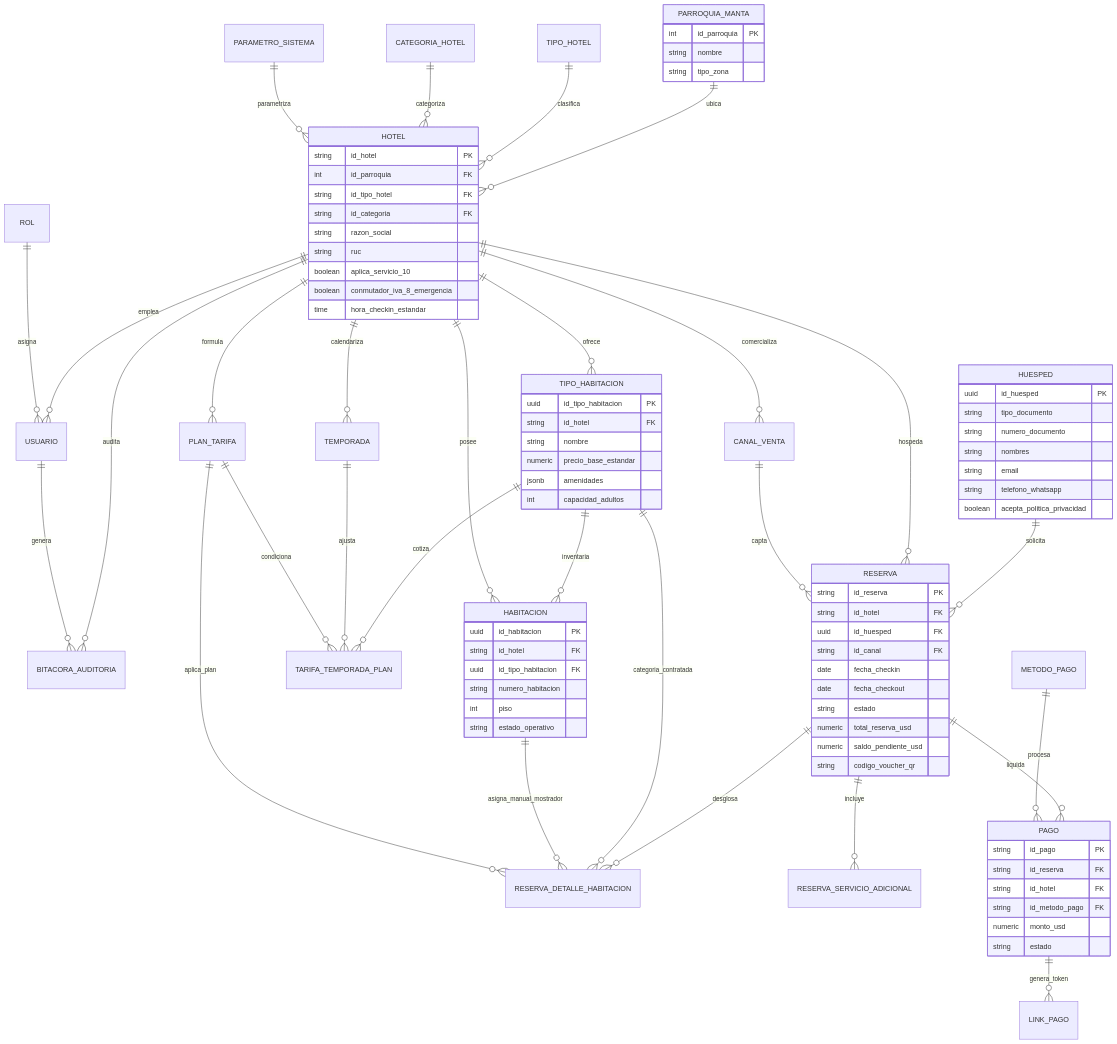
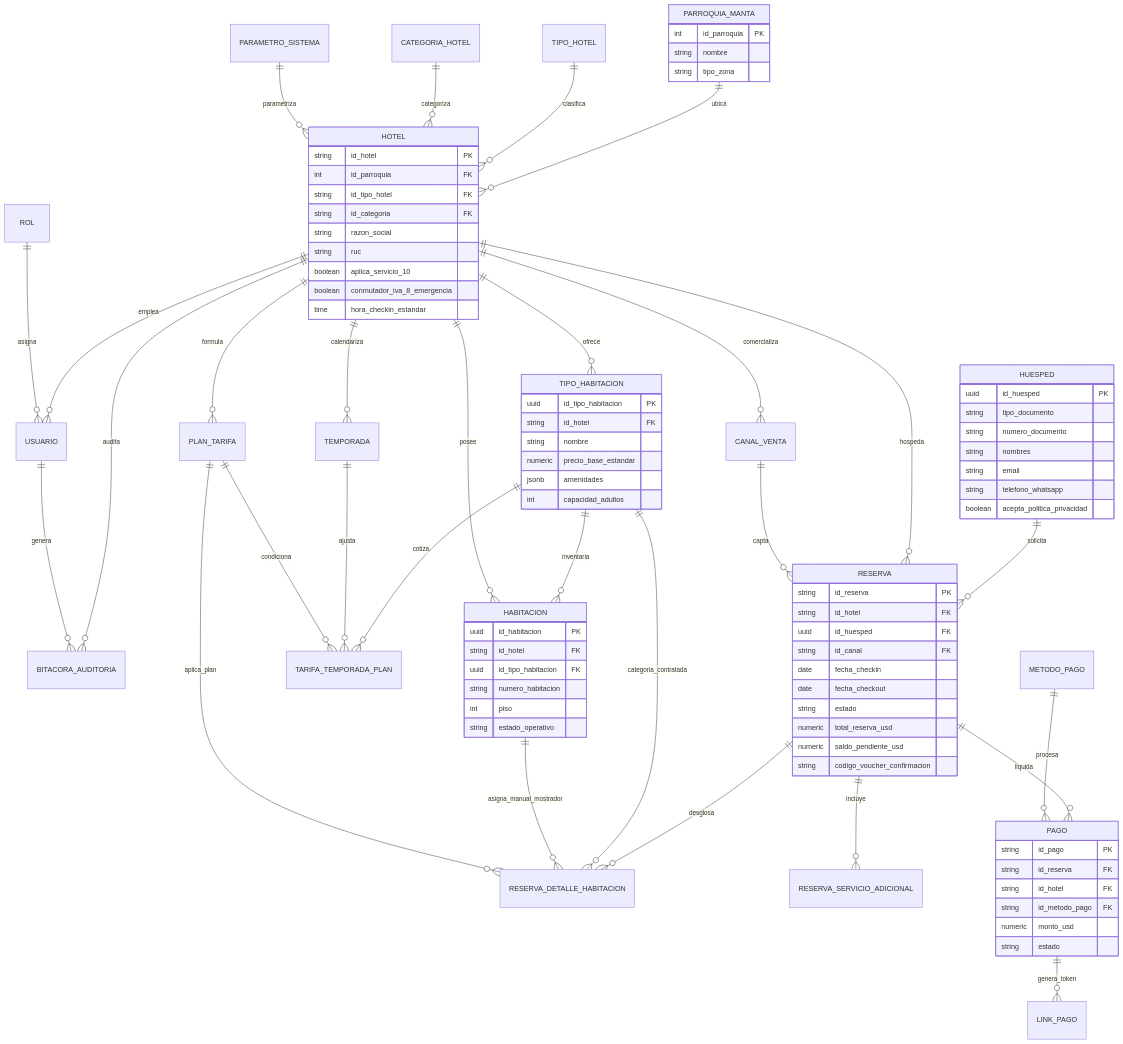
One commit to lenekerc98/Prototipo_BookingHotelero changed the diagram in modelo_base_de_datos_hotelera.md. Above: the diagram before and after it, drawn with Mermaid. The commit also changed other lines of this file and 11 other files, not shown here.

```diff
--- a/modelo_base_de_datos_hotelera.md
+++ b/modelo_base_de_datos_hotelera.md
@@ -103,7 +103,7 @@
         string estado
         numeric total_reserva_usd
         numeric saldo_pendiente_usd
-        string codigo_voucher_qr
+        string codigo_voucher_confirmacion
     }
 
     PAGO {
```
